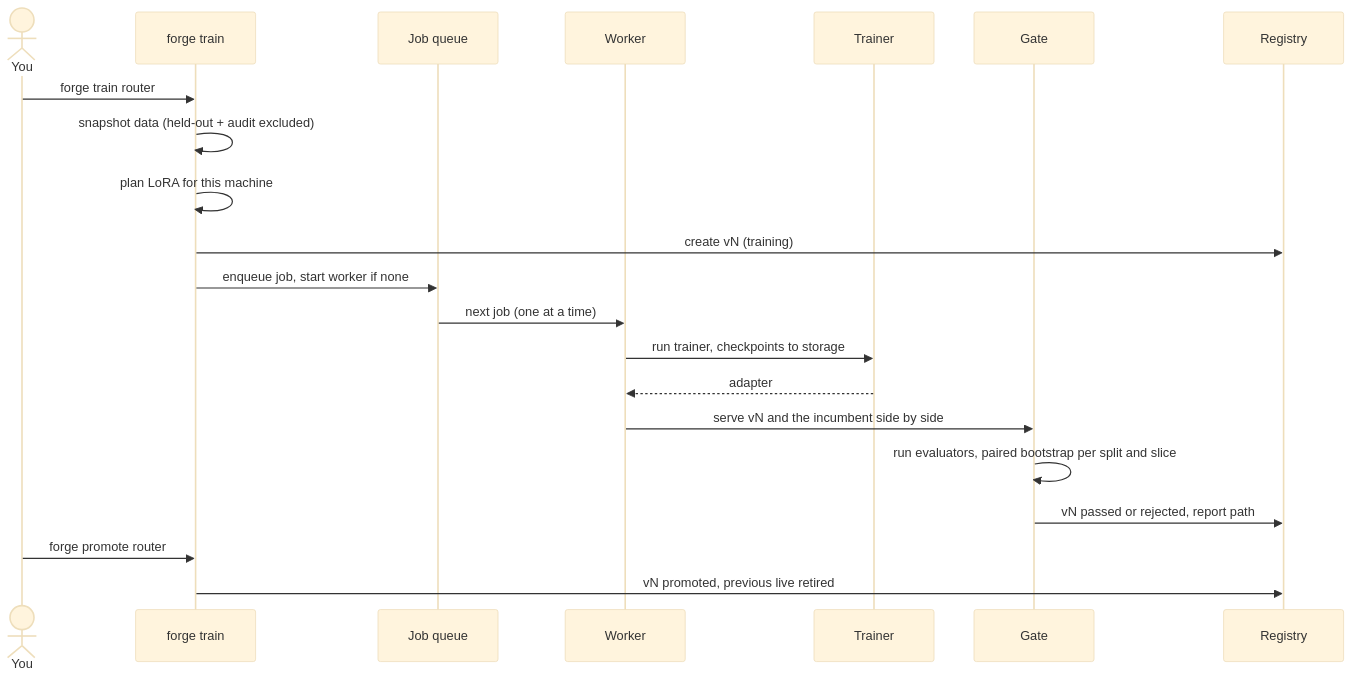
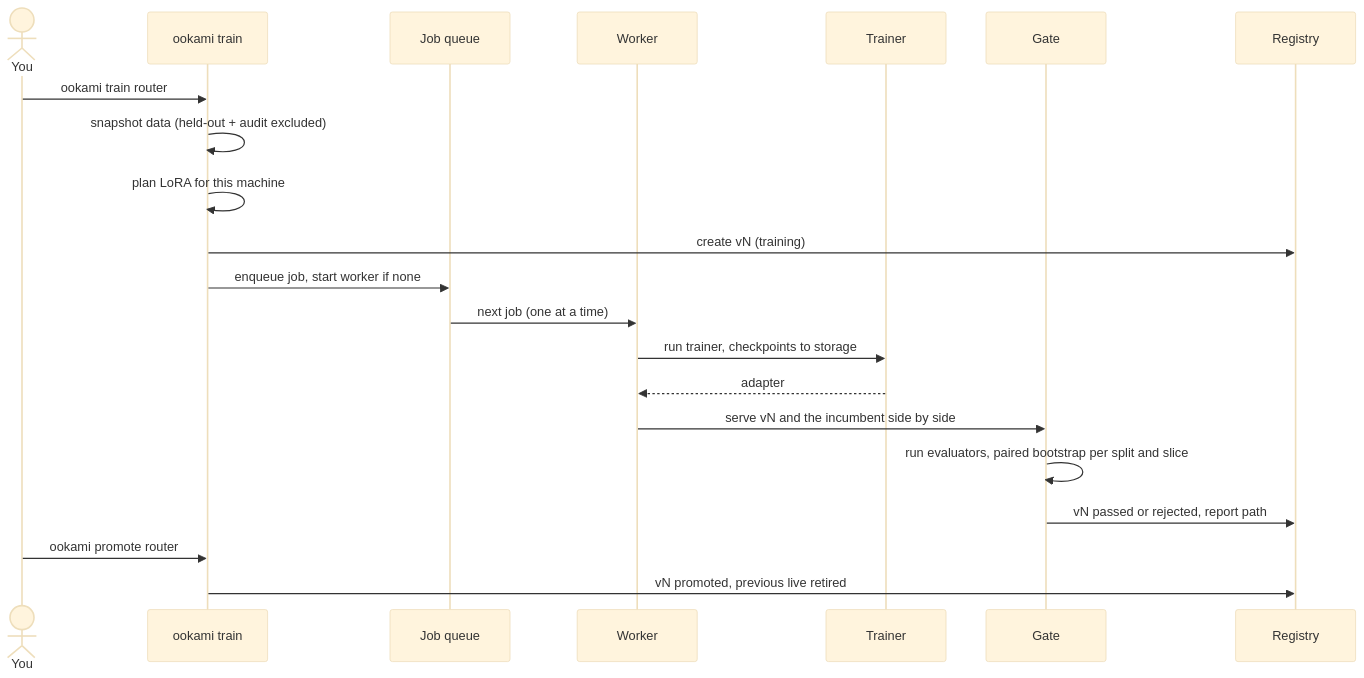
The third of 3 diagrams in docs/architecture.md (KatyarAILabs/Ookami), drawn with Mermaid (base theme) before and after one commit. The commit also changed other lines of this file and 114 other files, not shown here.

````diff
--- a/docs/architecture.md
+++ b/docs/architecture.md
@@ -72,23 +72,23 @@
 ```mermaid
 sequenceDiagram
     actor U as You
-    participant CLI as forge train
+    participant CLI as ookami train
     participant Q as Job queue
     participant W as Worker
     participant T as Trainer
     participant G as Gate
     participant R as Registry
-    U->>CLI: forge train router
+    U->>CLI: ookami train router
     CLI->>CLI: snapshot data (held-out + audit excluded)
     CLI->>CLI: plan LoRA for this machine
     CLI->>R: create vN (training)
     CLI->>Q: enqueue job, start worker if none
     Q->>W: next job (one at a time)
     W->>T: run trainer, checkpoints to storage
     T-->>W: adapter
     W->>G: serve vN and the incumbent side by side
     G->>G: run evaluators, paired bootstrap per split and slice
     G->>R: vN passed or rejected, report path
-    U->>CLI: forge promote router
+    U->>CLI: ookami promote router
     CLI->>R: vN promoted, previous live retired
 ```
````
